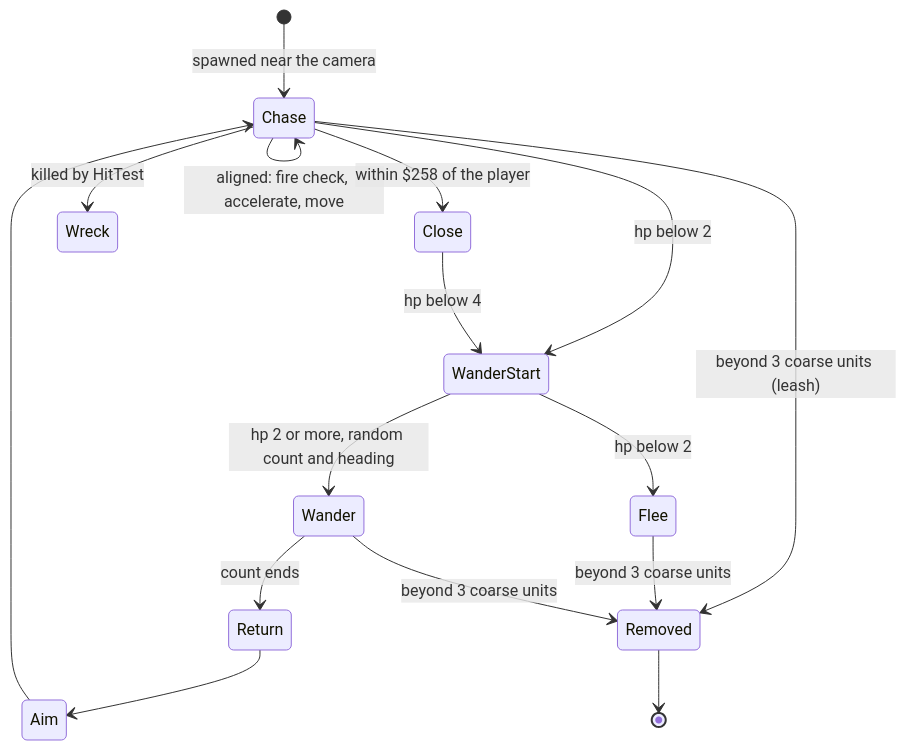
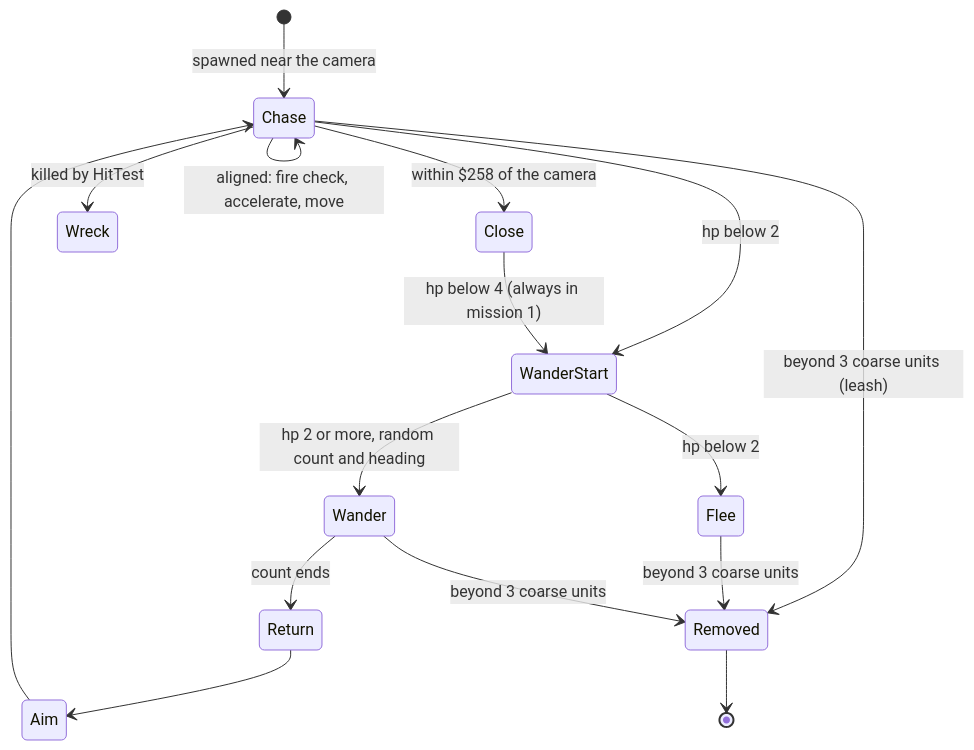
The sixth of 21 diagrams in games/battle-command/docs/07-objects.md (alfishe/unrealng-reverse-cases), drawn with Mermaid before and after one commit. The commit also changed other lines of this file and 75 other files, not shown here.

````diff
--- a/games/battle-command/docs/07-objects.md
+++ b/games/battle-command/docs/07-objects.md
@@ -617,19 +725,19 @@
 ```mermaid
 stateDiagram-v2
   [*] --> Chase: spawned near the camera
   Chase --> Chase: turning, not aligned
   Chase --> Chase: aligned: fire check, accelerate, move
-  Chase --> Close: within $258 of the player
+  Chase --> Close: within $258 of the camera
   Chase --> WanderStart: hp below 2
-  Close --> WanderStart: hp below 4
+  Close --> WanderStart: hp below 4 (always in mission 1)
   WanderStart --> Wander: hp 2 or more, random count and heading
   Wander --> Return: count ends
   Return --> Aim
   Aim --> Chase
   WanderStart --> Flee: hp below 2
   Chase --> Removed: beyond 3 coarse units (leash)
   Flee --> Removed: beyond 3 coarse units
   Wander --> Removed: beyond 3 coarse units
   Chase --> Wreck: killed by HitTest
   Removed --> [*]
 ```
````
